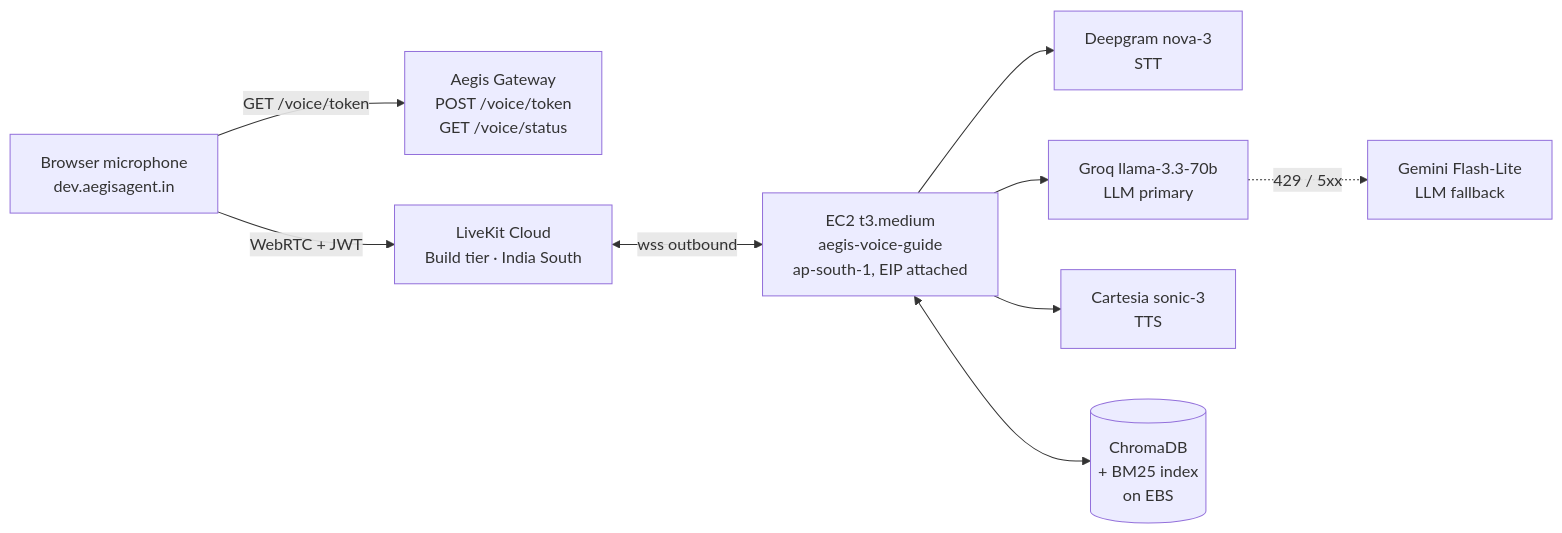
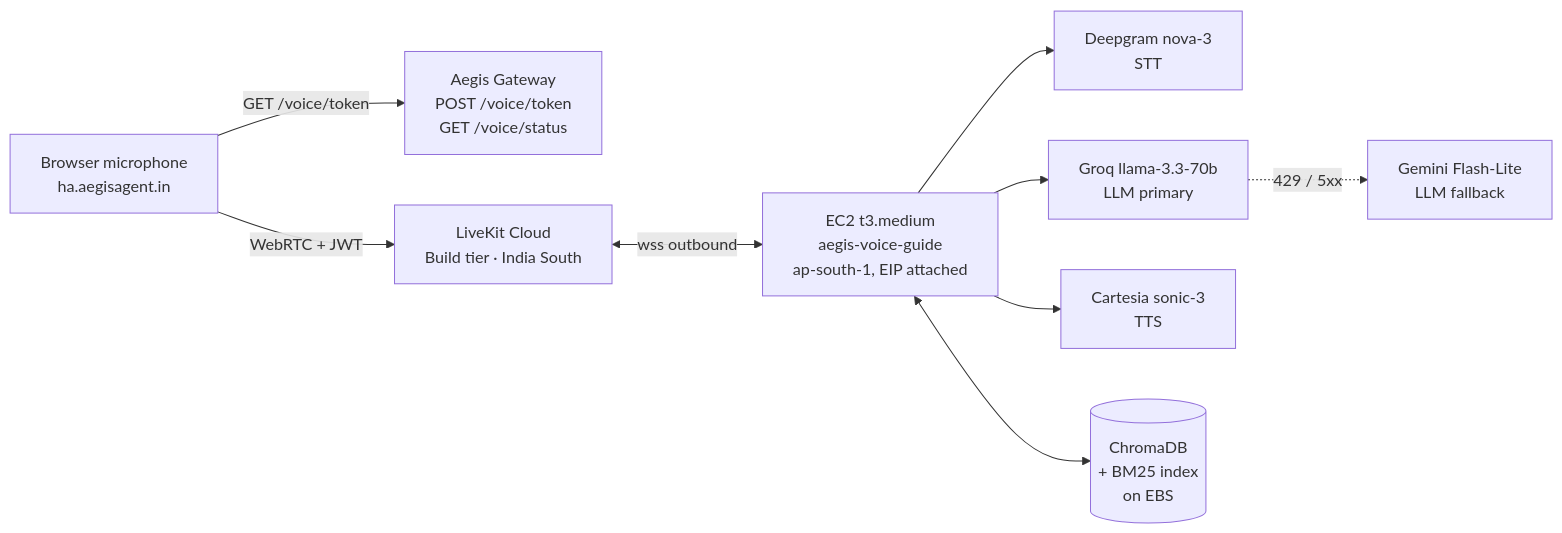
Before and after one commit to Abhi-mishra998/aegis: the diagram in docs/voice-guide/_index.md, drawn with Mermaid. The commit also changed other lines of this file and 353 other files, not shown here.

````diff
--- a/docs/voice-guide/_index.md
+++ b/docs/voice-guide/_index.md
@@ -37,20 +37,20 @@
 ```mermaid
 flowchart LR
-    User[Browser microphone<br>dev.aegisagent.in]
+    User[Browser microphone<br>ha.aegisagent.in]
     GW["Aegis Gateway<br>POST /voice/token<br>GET /voice/status"]
     LK[LiveKit Cloud<br>Build tier · India South]
     EC2["EC2 t3.medium<br>aegis-voice-guide<br>ap-south-1, EIP attached"]
     DG[Deepgram nova-3<br>STT]
     Groq[Groq llama-3.3-70b<br>LLM primary]
     Gem[Gemini Flash-Lite<br>LLM fallback]
     CT[Cartesia sonic-3<br>TTS]
     Chroma[(ChromaDB<br>+ BM25 index<br>on EBS)]
     User -->|GET /voice/token| GW
     User -->|WebRTC + JWT| LK
     LK <-->|wss outbound| EC2
     EC2 --> DG
     EC2 --> Groq
     Groq -.->|429 / 5xx| Gem
     EC2 --> CT
     EC2 <--> Chroma
 ```
````
